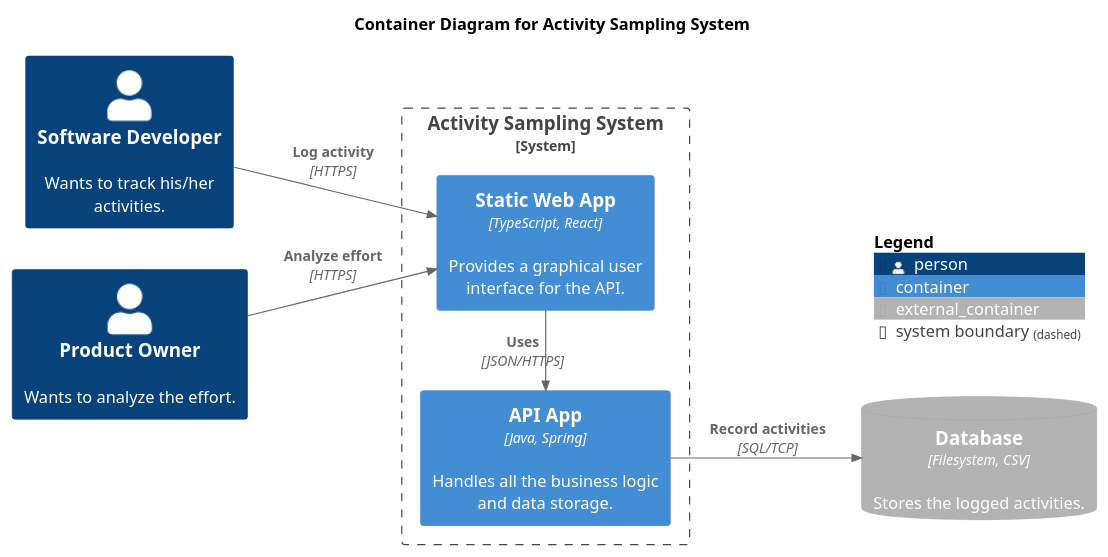
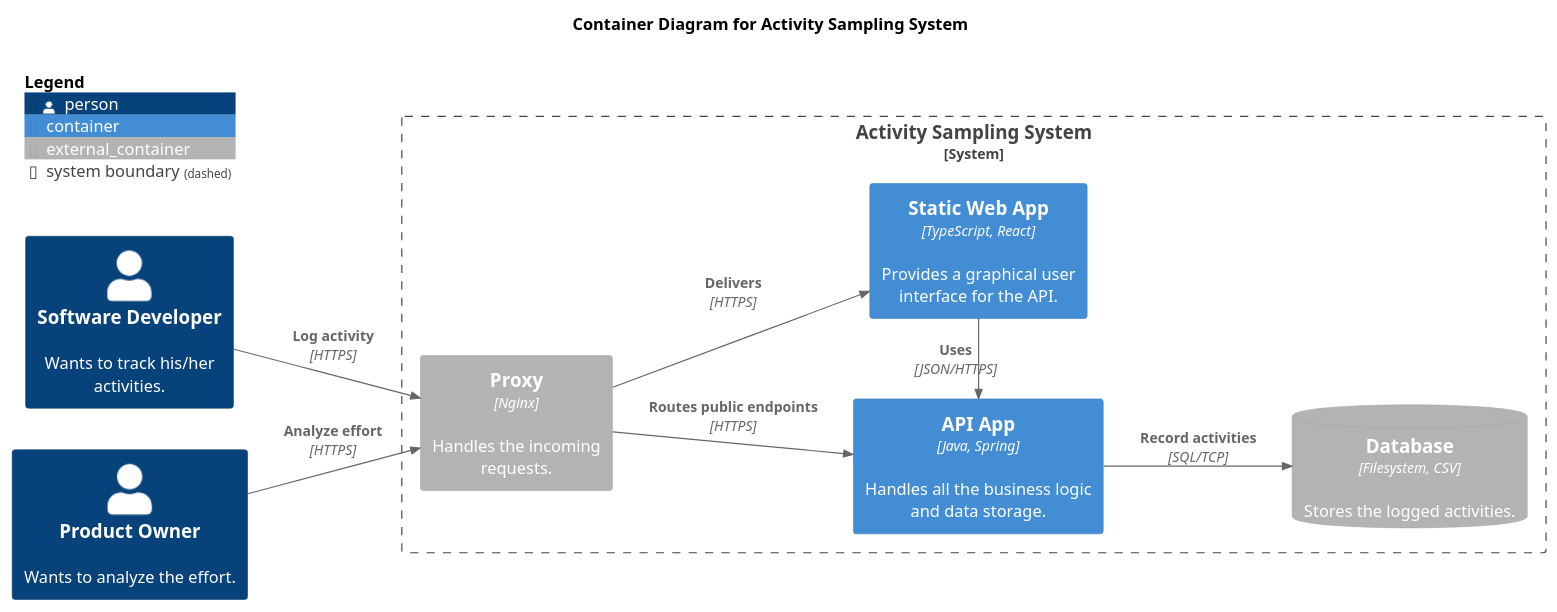
Before and after one commit to falkoschumann/activity-sampling: the diagram in doc/components.puml, drawn with PlantUML. The commit also changed 1 other file, not shown here.

Commit message:
docs: add proxy

```diff
--- a/doc/components.puml
+++ b/doc/components.puml
@@ -1,25 +1,27 @@
 @startuml
 !include https://raw.githubusercontent.com/plantuml-stdlib/C4-PlantUML/master/C4_Component.puml
 
-LAYOUT_LEFT_RIGHT()
+LAYOUT_LANDSCAPE()
 
 title "Container Diagram for Activity Sampling System"
 
 Person(softwareDeveloper, "Software Developer", "Wants to track his/her activities.")
 Person(productOwner, "Product Owner", "Wants to analyze the effort.")
 
 System_Boundary(activitySampling, "Activity Sampling System") {
+  Container_Ext(proxy, "Proxy", "Nginx", "Handles the incoming requests.")
   Container(webApp, "Static Web App", "TypeScript, React", "Provides a graphical user interface for the API.")
   Container(apiApp, "API App", "Java, Spring", "Handles all the business logic and data storage.")
+  ContainerDb_Ext(database, "Database", "Filesystem, CSV", "Stores the logged activities.")
+
+  Rel(proxy, webApp, "Delivers", "HTTPS")
+  Rel(proxy, apiApp, "Routes public endpoints", "HTTPS")
+  Rel_Up(webApp, apiApp, "Uses", "JSON/HTTPS")
+  Rel(apiApp, database, "Record activities", "SQL/TCP")
 }
 
-ContainerDb_Ext(database, "Database", "Filesystem, CSV", "Stores the logged activities.")
-
-Rel(softwareDeveloper, webApp, "Log activity", "HTTPS")
-Rel(productOwner, webApp, "Analyze effort", "HTTPS")
-Rel_L(webApp, apiApp, "Uses", "JSON/HTTPS")
-Rel(apiApp, database, "Record activities", "SQL/TCP")
+Rel(softwareDeveloper, proxy, "Log activity", "HTTPS")
+Rel(productOwner, proxy, "Analyze effort", "HTTPS")
 
 SHOW_FLOATING_LEGEND()
-Lay_Right(LEGEND(), database)
 @enduml
```
